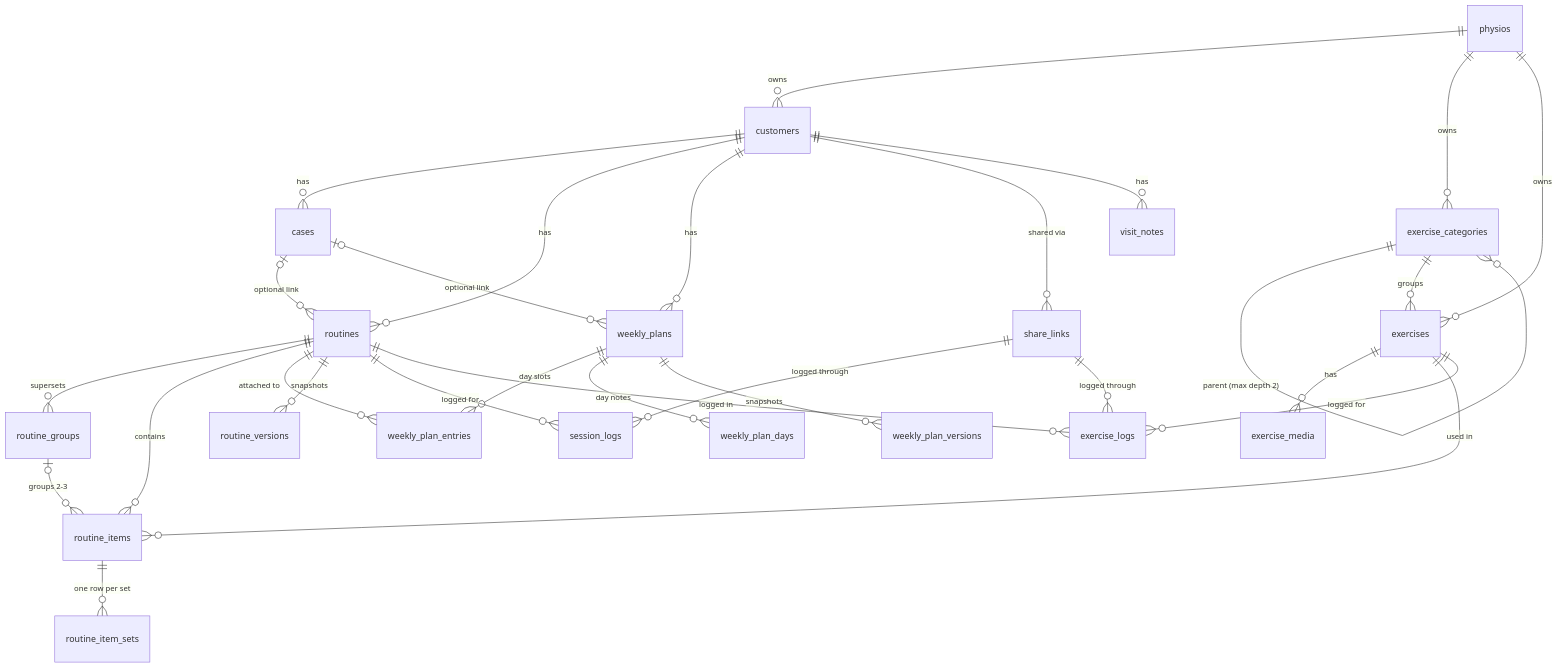
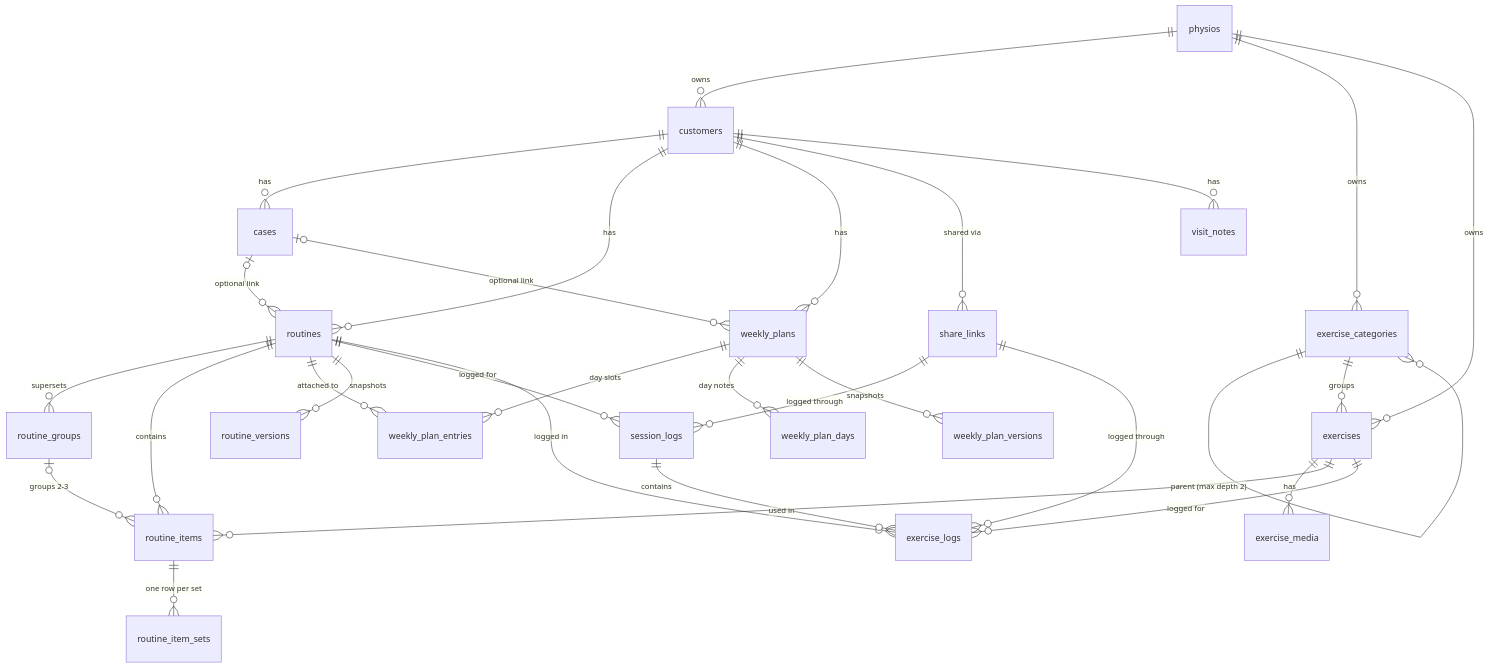
The diagram in docs/architecture.md (jopealgorta/physio-trainer), drawn with Mermaid before and after one commit. The commit also changed other lines of this file and 48 other files, not shown here.

First line of the commit message:
feat(logging): exercise logs belong to the routine session (spec 21) (#35)

````diff
--- a/docs/architecture.md
+++ b/docs/architecture.md
@@ -128,31 +128,32 @@
 ```mermaid
 erDiagram
   physios ||--o{ customers : owns
   physios ||--o{ exercise_categories : owns
   physios ||--o{ exercises : owns
   exercise_categories ||--o{ exercise_categories : "parent (max depth 2)"
   exercise_categories ||--o{ exercises : groups
   exercises ||--o{ exercise_media : has
   customers ||--o{ cases : has
   customers ||--o{ routines : has
   customers ||--o{ weekly_plans : has
   cases |o--o{ routines : "optional link"
   cases |o--o{ weekly_plans : "optional link"
   routines ||--o{ routine_groups : "supersets"
   routines ||--o{ routine_items : contains
   routine_groups |o--o{ routine_items : "groups 2-3"
   routine_items ||--o{ routine_item_sets : "one row per set"
   exercises ||--o{ routine_items : "used in"
   weekly_plans ||--o{ weekly_plan_entries : "day slots"
   weekly_plans ||--o{ weekly_plan_days : "day notes"
   routines ||--o{ weekly_plan_entries : "attached to"
   routines ||--o{ routine_versions : snapshots
   weekly_plans ||--o{ weekly_plan_versions : snapshots
   customers ||--o{ share_links : "shared via"
   share_links ||--o{ session_logs : "logged through"
   routines ||--o{ session_logs : "logged for"
   share_links ||--o{ exercise_logs : "logged through"
   exercises ||--o{ exercise_logs : "logged for"
   routines ||--o{ exercise_logs : "logged in"
+  session_logs ||--o{ exercise_logs : "contains"
   customers ||--o{ visit_notes : has
 ```
````
